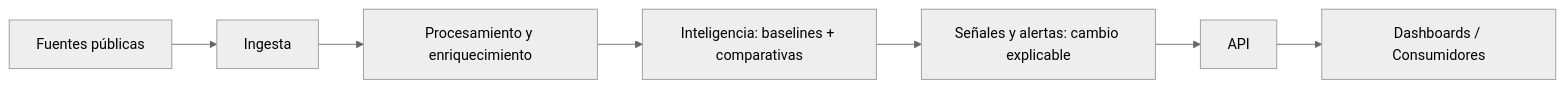
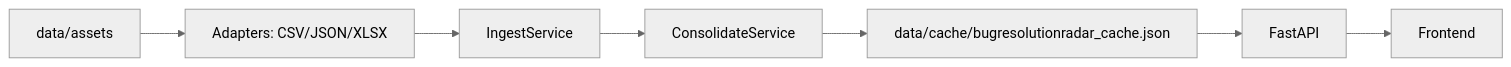
Before and after one commit to felixdelbarrio/Global_Overview_Radar: the third of 4 diagrams in docs/ARCHITECTURE.md, drawn with Mermaid (neutral theme). The commit also changed other lines of this file and 32 other files, not shown here.

````diff
--- a/docs/ARCHITECTURE.md
+++ b/docs/ARCHITECTURE.md
@@ -73,9 +77,9 @@
 ```mermaid
 flowchart LR
-  A[Fuentes públicas] --> B[Ingesta]
-  B --> C[Procesamiento y enriquecimiento]
-  C --> D[Inteligencia: baselines + comparativas]
-  D --> E[Señales y alertas: cambio explicable]
-  E --> F[API]
-  F --> G[Dashboards / Consumidores]
+  A[data/assets] --> B[Adapters: CSV/JSON/XLSX]
+  B --> C[IngestService]
+  C --> D[ConsolidateService]
+  D --> E[data/cache/bugresolutionradar_cache.json]
+  E --> F[FastAPI]
+  F --> G[Frontend]
 ```
````
